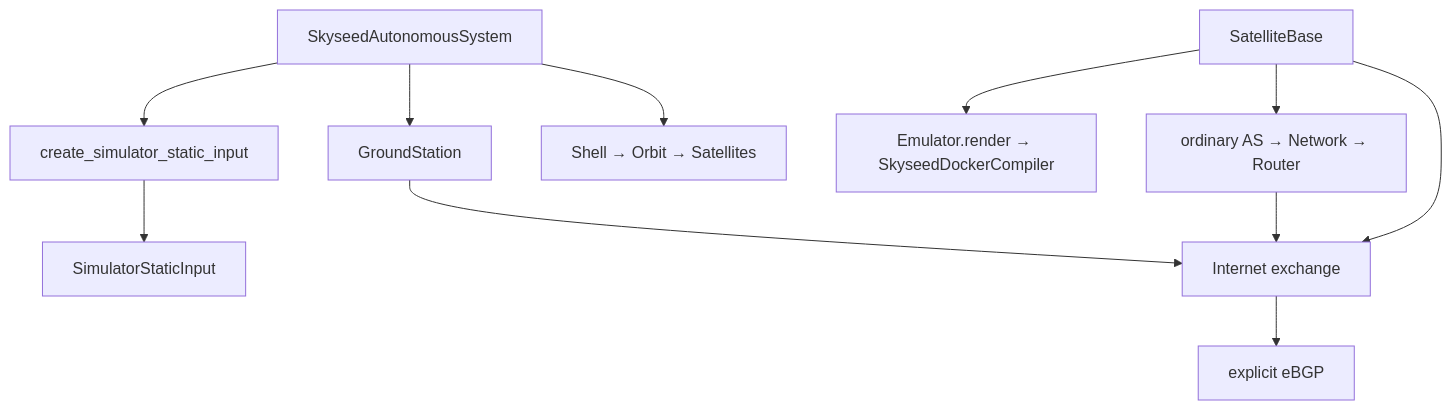
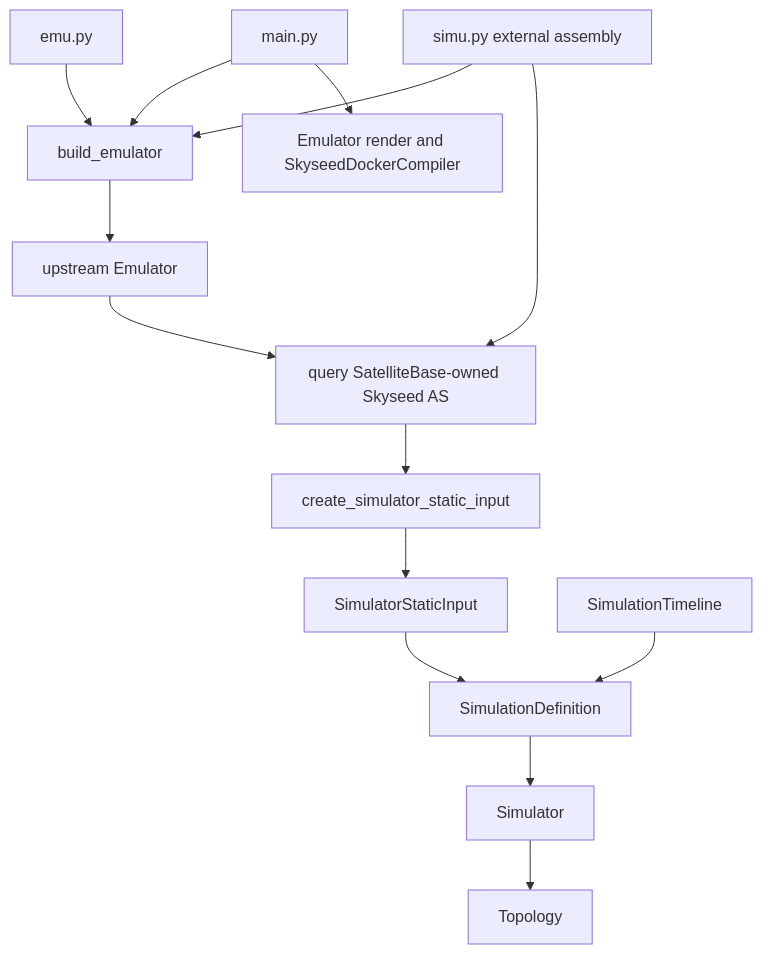
The fourth of 8 diagrams in skyseed_v2/docs/architecture/diagrams.md (seed-labs/skyseed), drawn with Mermaid before and after one commit. The commit also changed other lines of this file and 38 other files, not shown here.

Commit message:
Converge Simulator slice 1 architecture

````diff
--- a/skyseed_v2/docs/architecture/diagrams.md
+++ b/skyseed_v2/docs/architecture/diagrams.md
@@ -108,14 +113,18 @@
 ```mermaid
 flowchart TD
-    A[SkyseedAutonomousSystem]
-    A --> S[Shell → Orbit → Satellites]
-    A --> G[GroundStation]
-    B[SatelliteBase] --> IX[Internet exchange]
-    B --> R[ordinary AS → Network → Router]
-    G --> IX
-    R --> IX
-    IX --> P[explicit eBGP]
-    A --> F[create_simulator_static_input]
-    F --> I[SimulatorStaticInput]
-    B --> C[Emulator.render → SkyseedDockerCompiler]
+    EMU[emu.py] --> BUILD[build_emulator]
+    BUILD --> UP[upstream Emulator]
+
+    MAIN[main.py] --> BUILD
+    MAIN --> RENDER[Emulator render and SkyseedDockerCompiler]
+
+    SIMU[simu.py external assembly] --> BUILD
+    SIMU --> BASE[query SatelliteBase-owned Skyseed AS]
+    UP --> BASE
+    BASE --> ADAPT[create_simulator_static_input]
+    ADAPT --> INPUT[SimulatorStaticInput]
+    INPUT --> DEF[SimulationDefinition]
+    TIMELINE[SimulationTimeline] --> DEF
+    DEF --> SIM[Simulator]
+    SIM --> TOP[Topology]
 ```
````
